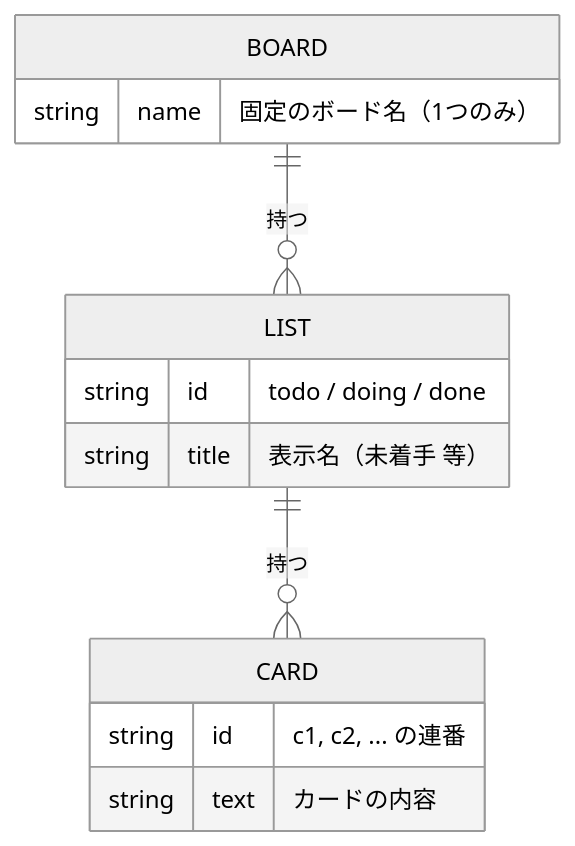
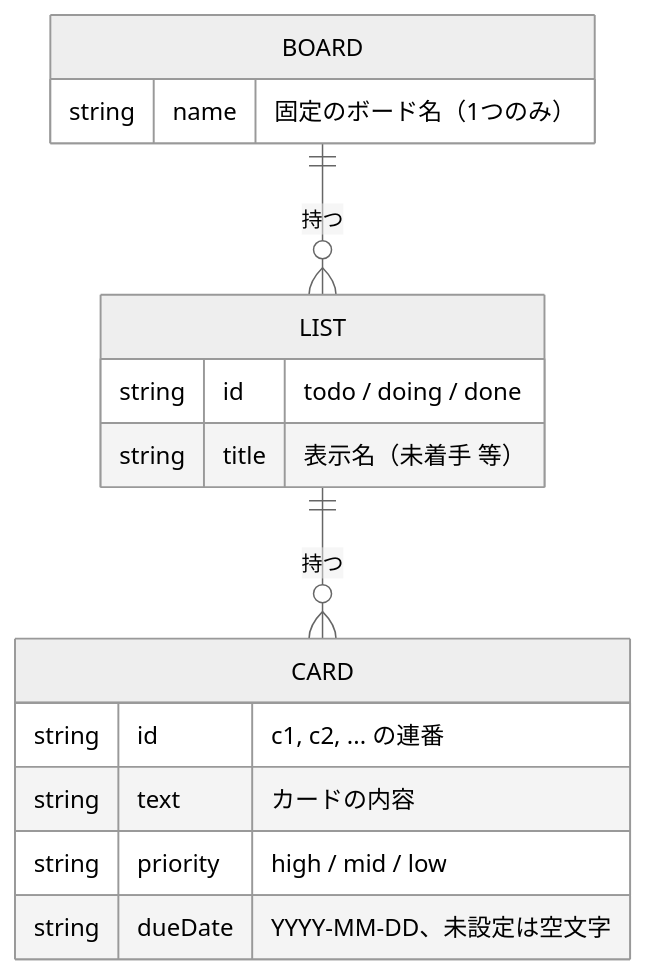
One commit to ibubu7777777-ux/TaskManagement changed the diagram in docs/データベース設計.md. Above: the diagram before and after it, drawn with Mermaid (neutral theme). The commit also changed other lines of this file and 7 other files, not shown here.

````diff
--- a/docs/データベース設計.md
+++ b/docs/データベース設計.md
@@ -38,17 +41,19 @@
 ```mermaid
 erDiagram
     BOARD ||--o{ LIST : "持つ"
     LIST ||--o{ CARD : "持つ"
 
     BOARD {
         string name "固定のボード名（1つのみ）"
     }
     LIST {
         string id "todo / doing / done"
         string title "表示名（未着手 等）"
     }
     CARD {
         string id "c1, c2, ... の連番"
         string text "カードの内容"
+        string priority "high / mid / low"
+        string dueDate "YYYY-MM-DD、未設定は空文字"
     }
 ```
````
